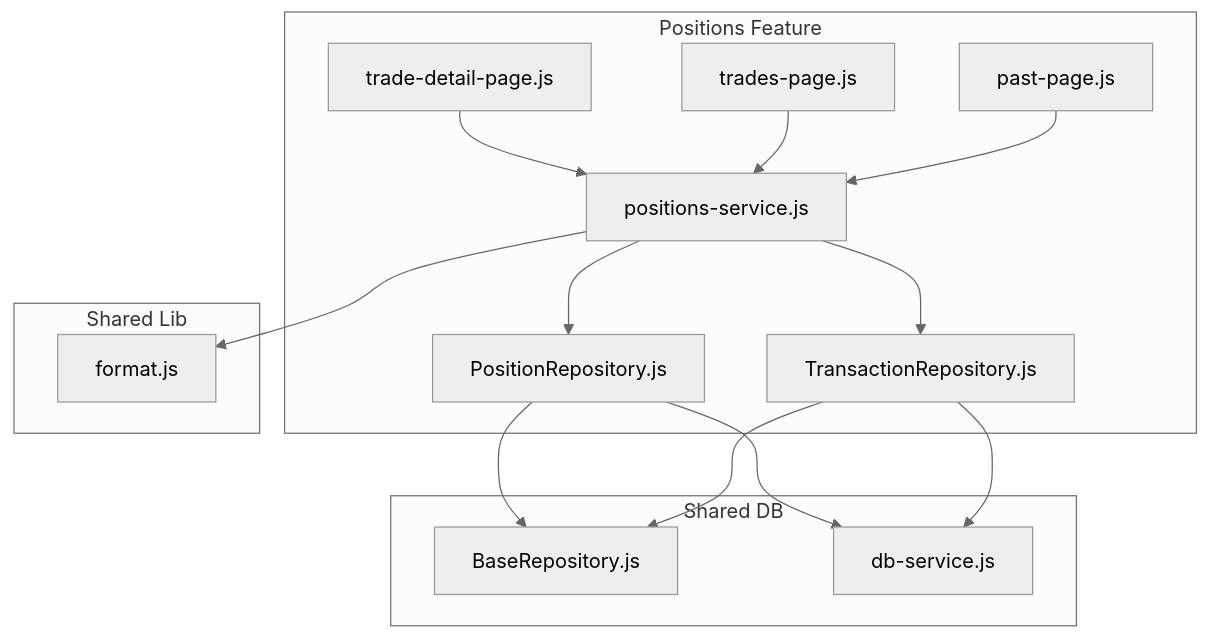
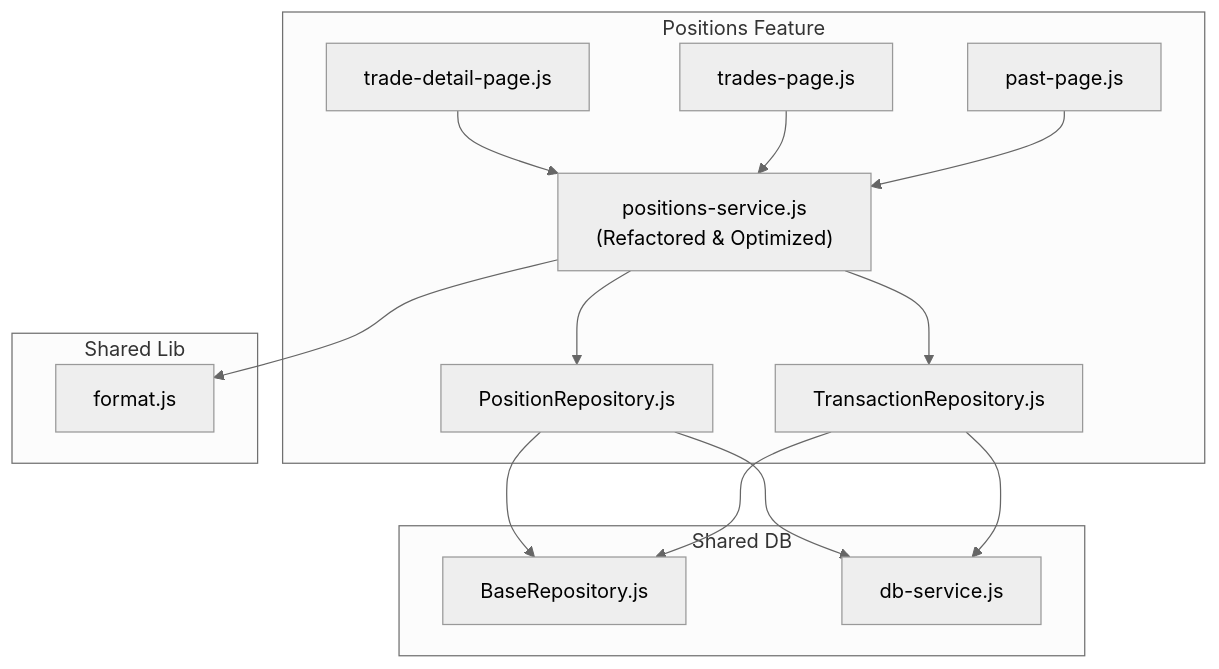
Before and after one commit to iliyas77/MTF-monitor: the first of 4 diagrams in .qoder/repowiki/en/content/Core Features/Positions Tracking/Positions Service Layer.md, drawn with Mermaid (neutral theme). The commit also changed other lines of this file and 46 other files, not shown here.

````diff
--- a/.qoder/repowiki/en/content/Core Features/Positions Tracking/Positions Service Layer.md
+++ b/.qoder/repowiki/en/content/Core Features/Positions Tracking/Positions Service Layer.md
@@ -47,28 +48,28 @@
 ```mermaid
 graph TB
 subgraph "Positions Feature"
-PS["positions-service.js"]
+PS["positions-service.js<br/>(Refactored & Optimized)"]
 PR["PositionRepository.js"]
 TR["TransactionRepository.js"]
 TD["trade-detail-page.js"]
 TP["trades-page.js"]
 PP["past-page.js"]
 end
 subgraph "Shared DB"
 BR["BaseRepository.js"]
 DBS["db-service.js"]
 end
 subgraph "Shared Lib"
 FMT["format.js"]
 end
 TD --> PS
 TP --> PS
 PP --> PS
 PS --> PR
 PS --> TR
 PR --> BR
 TR --> BR
 PR --> DBS
 TR --> DBS
 PS --> FMT
 ```
````
